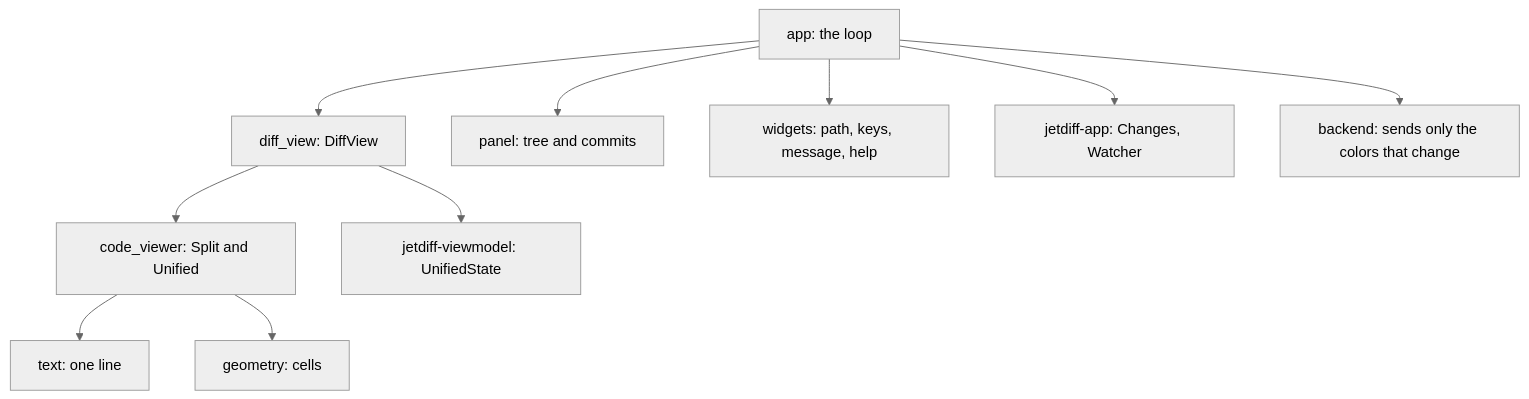
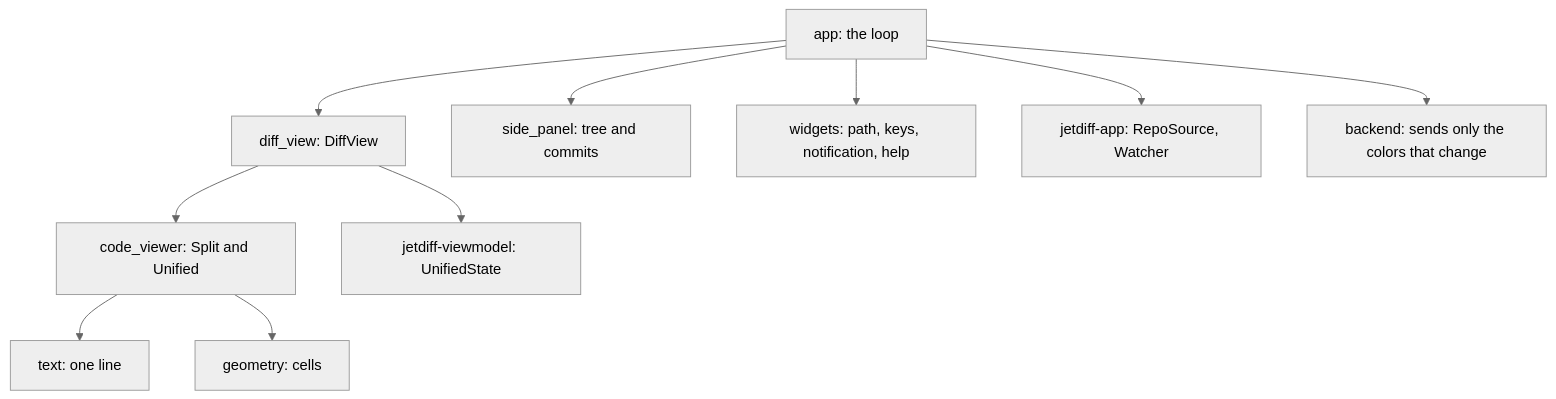
One commit to akemkers/jetdiff changed the diagram in crates/jetdiff-tui/README.md. Above: the diagram before and after it, drawn with Mermaid (neutral theme). The commit also changed other lines of this file and 96 other files, not shown here.

````diff
--- a/crates/jetdiff-tui/README.md
+++ b/crates/jetdiff-tui/README.md
@@ -32,12 +32,12 @@
 ```mermaid
 graph TD
     app[app: the loop] --> diff[diff_view: DiffView]
-    app --> panel[panel: tree and commits]
-    app --> widgets[widgets: path, keys, message, help]
-    app --> changes[jetdiff-app: Changes, Watcher]
+    app --> side_panel[side_panel: tree and commits]
+    app --> widgets[widgets: path, keys, notification, help]
+    app --> source[jetdiff-app: RepoSource, Watcher]
     app --> backend[backend: sends only the colors that change]
     diff --> viewer[code_viewer: Split and Unified]
     viewer --> text[text: one line]
     viewer --> geometry[geometry: cells]
     diff --> state[jetdiff-viewmodel: UnifiedState]
 ```
````
